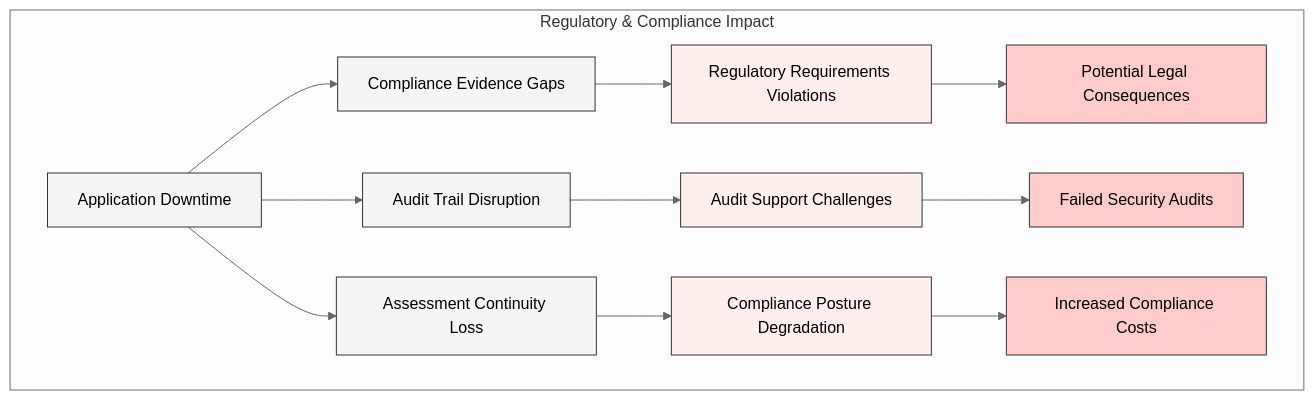
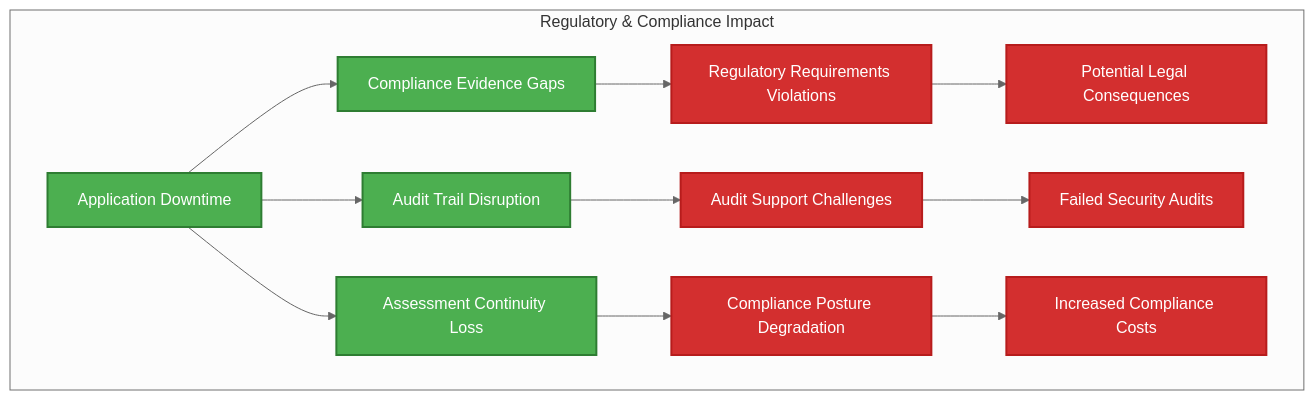
The ninth of 33 diagrams in docs/architecture/BCPPlan.md (Hack23/cia-compliance-manager), drawn with Mermaid (neutral theme) before and after one commit. The commit also changed other lines of this file and 18 other files, not shown here.

First line of the commit message:
style: update all classDef colors to ISMS style guide palette and fix quadrant charts

````diff
--- a/docs/architecture/BCPPlan.md
+++ b/docs/architecture/BCPPlan.md
@@ -372,25 +395,25 @@
 ```mermaid
 graph TB
     subgraph "Regulatory & Compliance Impact"
         A1[Application Downtime] --> B1[Compliance Evidence Gaps]
         A1 --> B2[Audit Trail Disruption]
         A1 --> B3[Assessment Continuity Loss]
 
         B1 --> C1[Regulatory Requirements Violations]
         B2 --> C2[Audit Support Challenges]
         B3 --> C3[Compliance Posture Degradation]
 
         C1 --> D1[Potential Legal Consequences]
         C2 --> D2[Failed Security Audits]
         C3 --> D3[Increased Compliance Costs]
     end
 
-    classDef process fill:#f5f5f5,stroke:#333,stroke-width:1px;
-    classDef impact fill:#ffeeee,stroke:#333,stroke-width:1px;
-    classDef consequence fill:#ffcccc,stroke:#333,stroke-width:1px;
+    classDef process fill:#4CAF50,stroke:#2E7D32,stroke-width:2px,color:#ffffff
+    classDef impact fill:#D32F2F,stroke:#B71C1C,stroke-width:2px,color:#ffffff
+    classDef consequence fill:#D32F2F,stroke:#B71C1C,stroke-width:2px,color:#ffffff
 
     class A1 process;
     class B1,B2,B3 process;
     class C1,C2,C3 impact;
     class D1,D2,D3 consequence;
 ```
````
